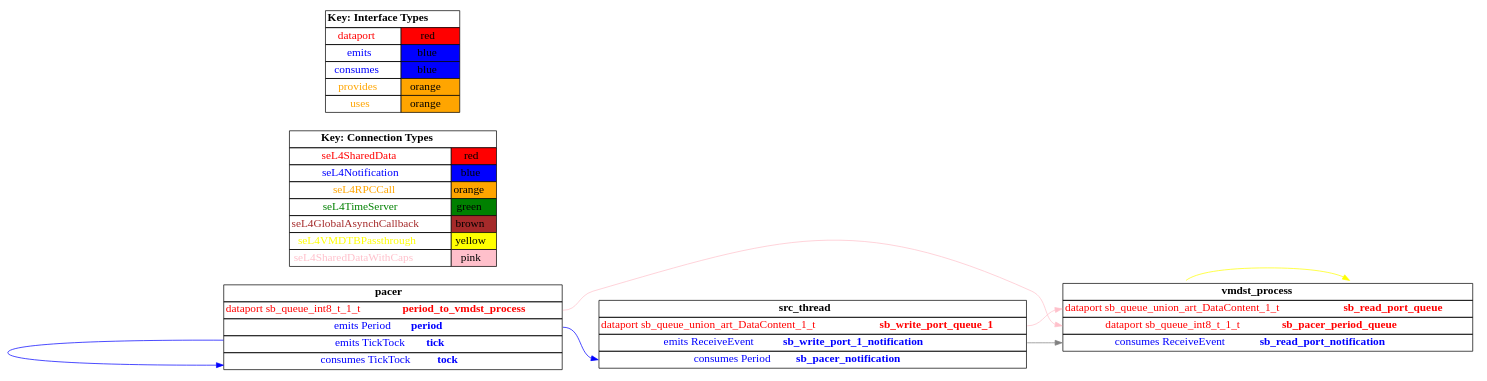
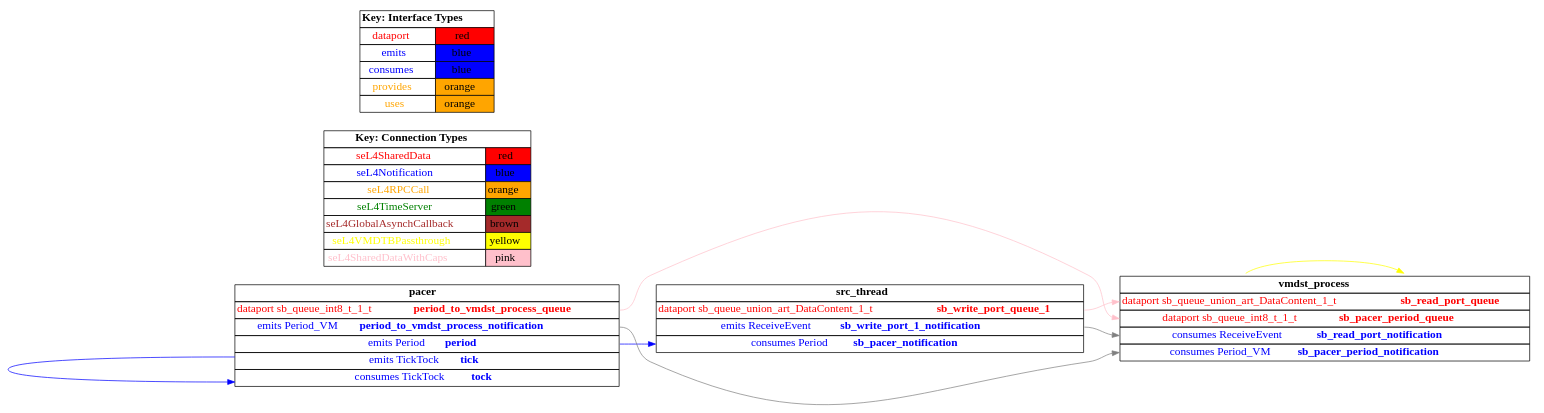
The diagram in TA5/tool-evaluation-4/HAMR/examples/test_event_data_port_periodic_domains_VM/receiver_vm/CAmkES_seL4/src/c/CAmkES_seL4/graph.dot (loonwerks/CASE), drawn with Graphviz before and after one commit. The commit also changed 91 other files, not shown here.

Commit message:
added glue code for event data vm micro-examples

```diff
--- a/TA5/tool-evaluation-4/HAMR/examples/test_event_data_port_periodic_domains_VM/receiver_vm/CAmkES_seL4/src/c/CAmkES_seL4/graph.dot
+++ b/TA5/tool-evaluation-4/HAMR/examples/test_event_data_port_periodic_domains_VM/receiver_vm/CAmkES_seL4/src/c/CAmkES_seL4/graph.dot
@@ -1,116 +1,124 @@
 digraph g {
 graph [
   overlap = false,
   rankdir = "LR"
 ];
 node [
   fontsize = "16",
   shape = "ellipse"
 ];
 edge [
 ];
 
 src_thread [
   label=<
     <TABLE BORDER="0" CELLBORDER="1" CELLSPACING="0">
       <TR><TD><B>src_thread</B></TD></TR>
       <TR><TD PORT="sb_write_port_queue_1"><FONT COLOR="red">dataport sb_queue_union_art_DataContent_1_t <B>sb_write_port_queue_1</B></FONT></TD></TR>
       <TR><TD PORT="sb_write_port_1_notification"><FONT COLOR="blue">emits ReceiveEvent <B>sb_write_port_1_notification</B></FONT></TD></TR>
       <TR><TD PORT="sb_pacer_notification"><FONT COLOR="blue">consumes Period <B>sb_pacer_notification</B></FONT></TD></TR>"
     </TABLE>
   >
   shape=plaintext
 ];
 
 vmdst_process [
   label=<
     <TABLE BORDER="0" CELLBORDER="1" CELLSPACING="0">
       <TR><TD><B>vmdst_process</B></TD></TR>
       <TR><TD PORT="sb_read_port_queue"><FONT COLOR="red">dataport sb_queue_union_art_DataContent_1_t <B>sb_read_port_queue</B></FONT></TD></TR>
       <TR><TD PORT="sb_pacer_period_queue"><FONT COLOR="red">dataport sb_queue_int8_t_1_t <B>sb_pacer_period_queue</B></FONT></TD></TR>
-      <TR><TD PORT="sb_read_port_notification"><FONT COLOR="blue">consumes ReceiveEvent <B>sb_read_port_notification</B></FONT></TD></TR>"
+      <TR><TD PORT="sb_read_port_notification"><FONT COLOR="blue">consumes ReceiveEvent <B>sb_read_port_notification</B></FONT></TD></TR>
+      <TR><TD PORT="sb_pacer_period_notification"><FONT COLOR="blue">consumes Period_VM <B>sb_pacer_period_notification</B></FONT></TD></TR>"
     </TABLE>
   >
   shape=plaintext
 ];
 
 pacer [
   label=<
     <TABLE BORDER="0" CELLBORDER="1" CELLSPACING="0">
       <TR><TD><B>pacer</B></TD></TR>
-      <TR><TD PORT="period_to_vmdst_process"><FONT COLOR="red">dataport sb_queue_int8_t_1_t <B>period_to_vmdst_process</B></FONT></TD></TR>
+      <TR><TD PORT="period_to_vmdst_process_queue"><FONT COLOR="red">dataport sb_queue_int8_t_1_t <B>period_to_vmdst_process_queue</B></FONT></TD></TR>
+      <TR><TD PORT="period_to_vmdst_process_notification"><FONT COLOR="blue">emits Period_VM <B>period_to_vmdst_process_notification</B></FONT></TD></TR>
       <TR><TD PORT="period"><FONT COLOR="blue">emits Period <B>period</B></FONT></TD></TR>
       <TR><TD PORT="tick"><FONT COLOR="blue">emits TickTock <B>tick</B></FONT></TD></TR>
       <TR><TD PORT="tock"><FONT COLOR="blue">consumes TickTock <B>tock</B></FONT></TD></TR>"
     </TABLE>
   >
   shape=plaintext
 ];
 
 connectiontypekey [
   label=<
    <TABLE BORDER="0" CELLBORDER="1" CELLSPACING="0">
      <TR><TD COLSPAN="2"><B>Key: Connection Types</B></TD></TR>
      <TR><TD><FONT COLOR="red">seL4SharedData</FONT></TD><TD BGCOLOR="red">red</TD></TR>
      <TR><TD><FONT COLOR="blue">seL4Notification</FONT></TD><TD BGCOLOR="blue">blue</TD></TR>
      <TR><TD><FONT COLOR="orange">seL4RPCCall</FONT></TD><TD BGCOLOR="orange">orange</TD></TR>
      <TR><TD><FONT COLOR="green">seL4TimeServer</FONT></TD><TD BGCOLOR="green">green</TD></TR>
      <TR><TD><FONT COLOR="brown">seL4GlobalAsynchCallback</FONT></TD><TD BGCOLOR="brown">brown</TD></TR>
      <TR><TD><FONT COLOR="yellow">seL4VMDTBPassthrough</FONT></TD><TD BGCOLOR="yellow">yellow</TD></TR>
      <TR><TD><FONT COLOR="pink">seL4SharedDataWithCaps</FONT></TD><TD BGCOLOR="pink">pink</TD></TR>
    </TABLE>
   >
   shape=plaintext
 ];
 
 interfacetypekey [
   label=<
    <TABLE BORDER="0" CELLBORDER="1" CELLSPACING="0">
      <TR><TD COLSPAN="2"><B>Key: Interface Types</B></TD></TR>
      <TR><TD><FONT COLOR="red">dataport</FONT></TD><TD BGCOLOR="red">red</TD></TR>
      <TR><TD><FONT COLOR="blue">emits</FONT></TD><TD BGCOLOR="blue">blue</TD></TR>
      <TR><TD><FONT COLOR="blue">consumes</FONT></TD><TD BGCOLOR="blue">blue</TD></TR>
      <TR><TD><FONT COLOR="orange">provides</FONT></TD><TD BGCOLOR="orange">orange</TD></TR>
      <TR><TD><FONT COLOR="orange">uses</FONT></TD><TD BGCOLOR="orange">orange</TD></TR>
    </TABLE>
   >
   shape=plaintext
 ];
 
 "vmdst_process":dtb_self -> "vmdst_process":dtb [
   color="yellow"
   //label = "seL4VMDTBPassthrough"
   id = conn1
 ];
 
 "src_thread":sb_write_port_1_notification -> "vmdst_process":sb_read_port_notification [
   color="grey"
   //label = "seL4GlobalAsynch"
   id = conn2
 ];
 
 "src_thread":sb_write_port_queue_1 -> "vmdst_process":sb_read_port_queue [
   color="pink"
   //label = "seL4SharedDataWithCaps"
   id = conn3
 ];
 
 "pacer":tick -> "pacer":tock [
   color="blue"
   //label = "seL4Notification"
   id = conn4
 ];
 
 "pacer":period -> "src_thread":sb_pacer_notification [
   color="blue"
   //label = "seL4Notification"
   id = conn5
 ];
 
-"pacer":period_to_vmdst_process -> "vmdst_process":sb_pacer_period_queue [
-  color="pink"
-  //label = "seL4SharedDataWithCaps"
+"pacer":period_to_vmdst_process_notification -> "vmdst_process":sb_pacer_period_notification [
+  color="grey"
+  //label = "seL4GlobalAsynch"
   id = conn6
 ];
 
+"pacer":period_to_vmdst_process_queue -> "vmdst_process":sb_pacer_period_queue [
+  color="pink"
+  //label = "seL4SharedDataWithCaps"
+  id = conn7
+];
+
 }
```
